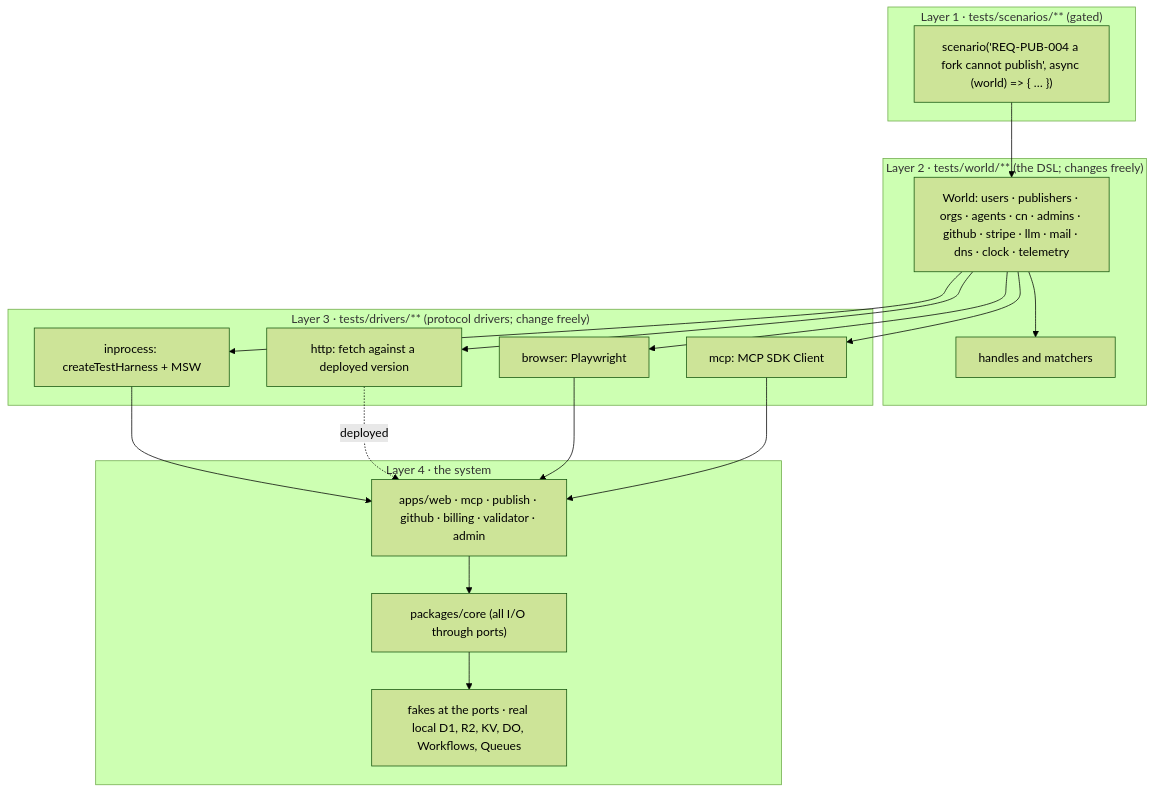
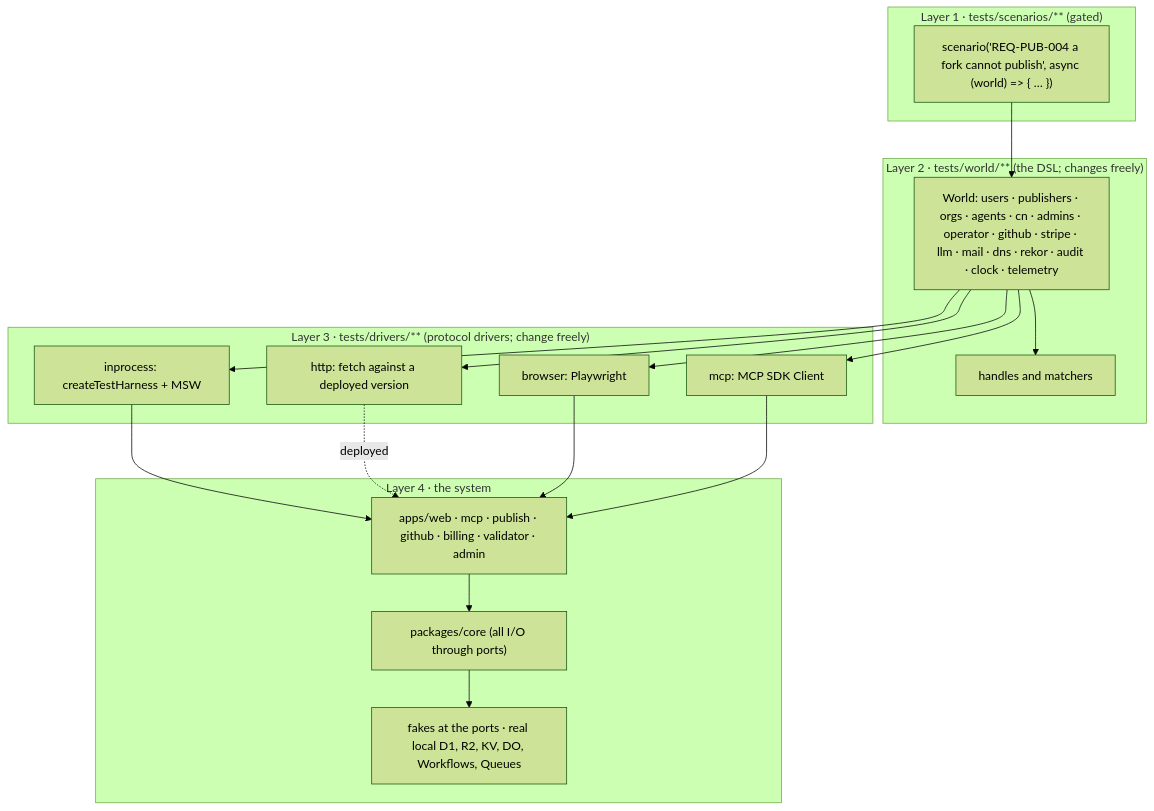
The diagram in docs/testing/README.md (Claudinite/PackServer), drawn with Mermaid (forest theme) before and after one commit. The commit also changed other lines of this file and 9 other files, not shown here.

First line of the commit message:
Reconcile requirements with the revised architecture; add self-test requirements

````diff
--- a/docs/testing/README.md
+++ b/docs/testing/README.md
@@ -53,28 +53,28 @@
 ```mermaid
 flowchart TB
   subgraph L1["Layer 1 · tests/scenarios/**  (gated)"]
     S["scenario('REQ-PUB-004 a fork cannot publish', async (world) => { … })"]
   end
   subgraph L2["Layer 2 · tests/world/**  (the DSL; changes freely)"]
-    W["World: users · publishers · orgs · agents · cn · admins · github · stripe · llm · mail · dns · clock · telemetry"]
+    W["World: users · publishers · orgs · agents · cn · admins · operator · github · stripe · llm · mail · dns · rekor · audit · clock · telemetry"]
     M["handles and matchers"]
   end
   subgraph L3["Layer 3 · tests/drivers/**  (protocol drivers; change freely)"]
     D1["inprocess: createTestHarness + MSW"]
     D2["http: fetch against a deployed version"]
     D3["browser: Playwright"]
     D4["mcp: MCP SDK Client"]
   end
   subgraph L4["Layer 4 · the system"]
     A["apps/web · mcp · publish · github · billing · validator · admin"]
     C["packages/core (all I/O through ports)"]
     F["fakes at the ports · real local D1, R2, KV, DO, Workflows, Queues"]
   end
   S --> W --> M
   W --> D1 & D2 & D3 & D4
   D1 --> A
   D2 -.deployed.-> A
   D3 --> A
   D4 --> A
   A --> C --> F
 ```
````
